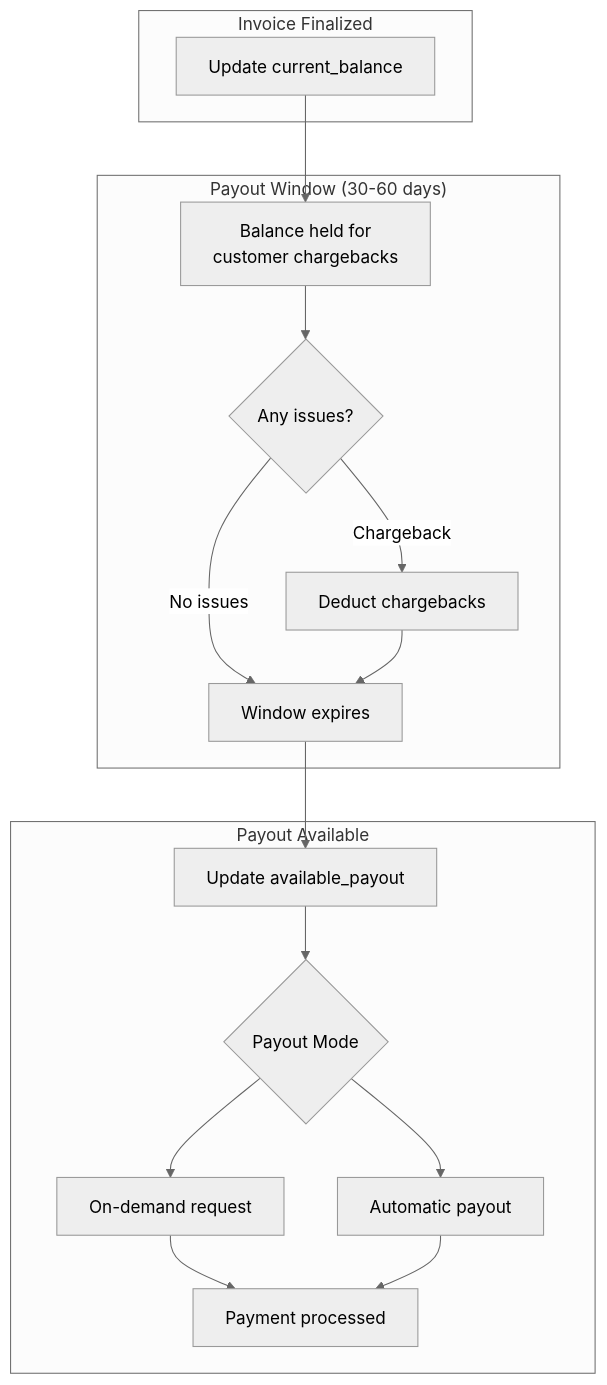
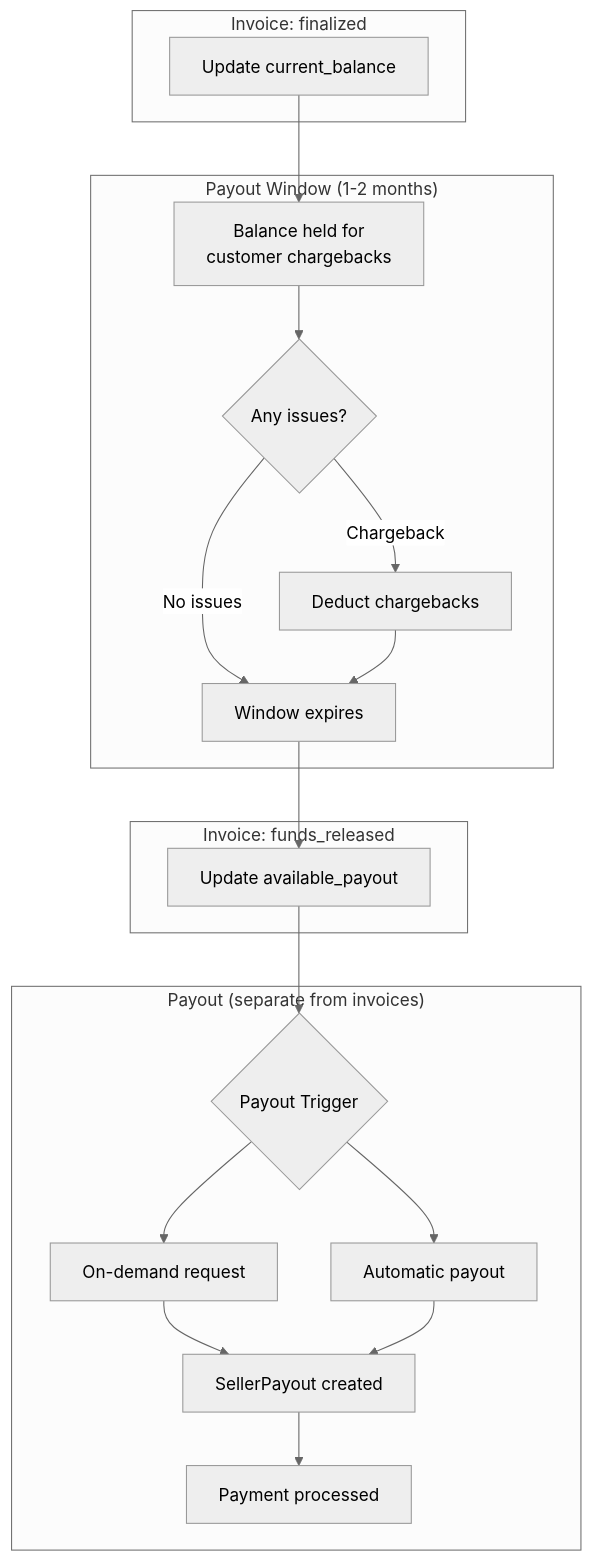
Before and after one commit to unitysvc/unitysvc-services: the fourth of 4 diagrams in docs/seller-lifecycle.md, drawn with Mermaid (neutral theme). The commit also changed other lines of this file and 2 other files, not shown here.

````diff
--- a/docs/seller-lifecycle.md
+++ b/docs/seller-lifecycle.md
@@ -145,33 +146,38 @@
 ```mermaid
 flowchart TB
-    subgraph Finalize["Invoice Finalized"]
+    subgraph Finalize["Invoice: finalized"]
         A[Update current_balance]
     end
 
-    subgraph Window["Payout Window (30-60 days)"]
+    subgraph Window["Payout Window (1-2 months)"]
         B[Balance held for<br/>customer chargebacks]
         C{Any issues?}
         D[Deduct chargebacks]
         E[Window expires]
     end
 
-    subgraph Available["Payout Available"]
+    subgraph Released["Invoice: funds_released"]
         F[Update available_payout]
-        G{Payout Mode}
+    end
+
+    subgraph Payout["Payout (separate from invoices)"]
+        G{Payout Trigger}
         H[On-demand request]
         I[Automatic payout]
-        J[Payment processed]
+        J[SellerPayout created]
+        K[Payment processed]
     end
 
     A --> B
     B --> C
     C -->|Chargeback| D
     C -->|No issues| E
     D --> E
     E --> F
     F --> G
     G --> H
     G --> I
     H --> J
     I --> J
+    J --> K
 ```
````
